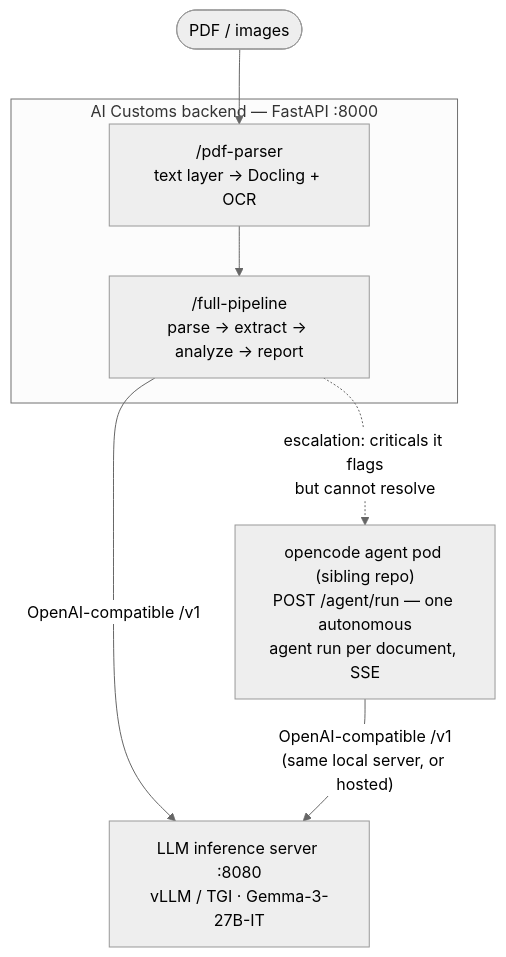
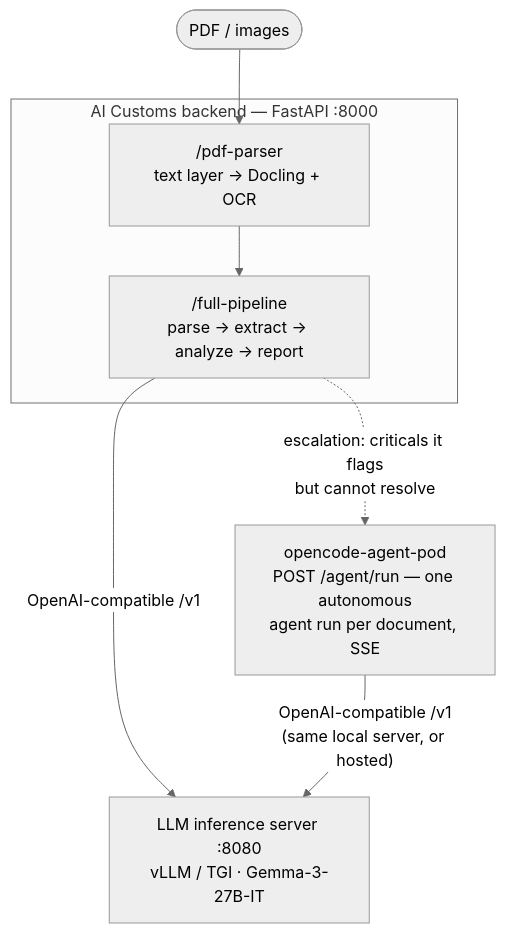
One commit to hyonbokan/ai-customs changed the diagram in README.md. Above: the diagram before and after it, drawn with Mermaid (neutral theme). The commit also changed other lines of this file and 1 other file, not shown here.

````diff
--- a/README.md
+++ b/README.md
@@ -35,13 +35,13 @@
 ```mermaid
 flowchart TB
     doc(["PDF / images"]) --> parser
 
     subgraph backend["AI Customs backend — FastAPI :8000"]
         parser["/pdf-parser<br>text layer → Docling + OCR"] --> pipeline["/full-pipeline<br>parse → extract → analyze → report"]
     end
 
     pipeline -- "OpenAI-compatible /v1" --> llm["LLM inference server :8080<br>vLLM / TGI · Gemma-3-27B-IT"]
 
-    pipeline -. "escalation: criticals it flags<br>but cannot resolve" .-> pod["opencode agent pod (sibling repo)<br>POST /agent/run — one autonomous<br>agent run per document, SSE"]
+    pipeline -. "escalation: criticals it flags<br>but cannot resolve" .-> pod["opencode-agent-pod<br>POST /agent/run — one autonomous<br>agent run per document, SSE"]
     pod -- "OpenAI-compatible /v1<br>(same local server, or hosted)" --> llm
 ```
````
